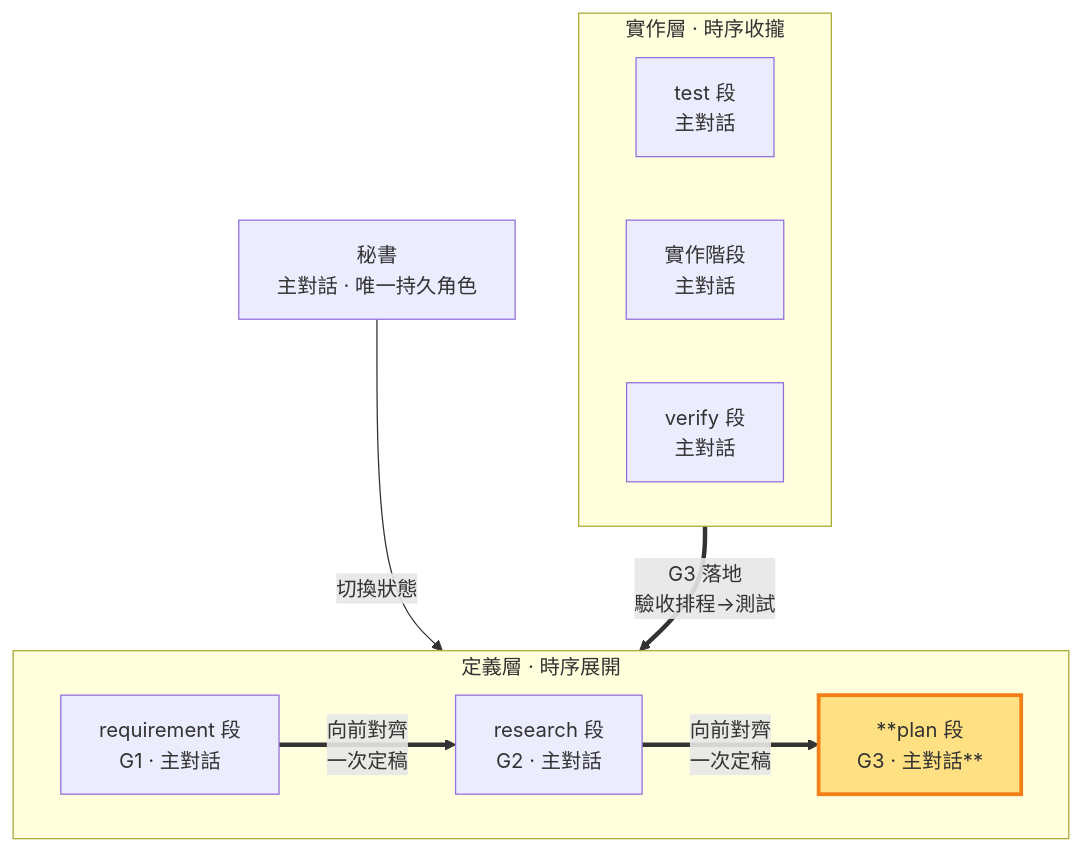
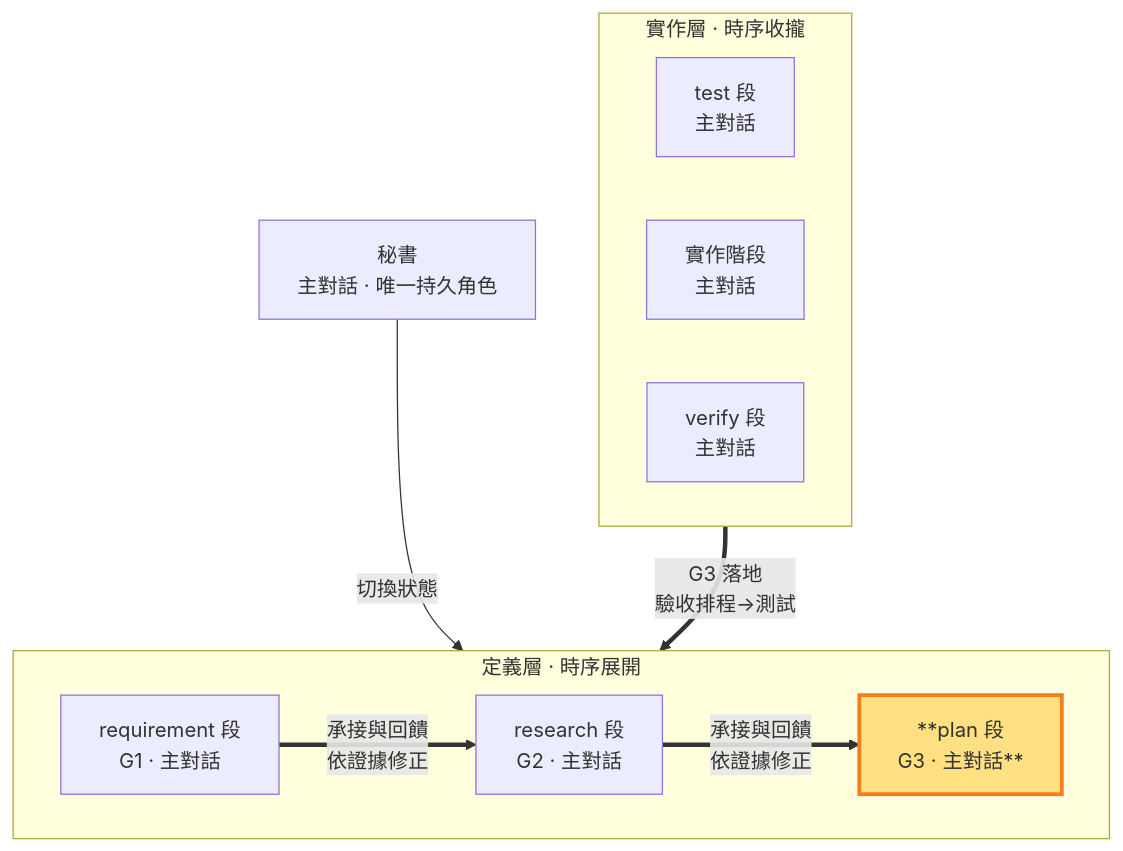
Before and after one commit to teps3105/shiftblame: the diagram in skills/shiftblame/references/PLAN.md, drawn with Mermaid. The commit also changed other lines of this file and 28 other files, not shown here.

````diff
--- a/skills/shiftblame/references/PLAN.md
+++ b/skills/shiftblame/references/PLAN.md
@@ -16,21 +16,21 @@
 ```mermaid
 flowchart TB
     SEC[秘書<br/>主對話 · 唯一持久角色]
     subgraph Consult["定義層 · 時序展開"]
         direction LR
         AUD["requirement 段<br/>G1 · 主對話"]
         RES["research 段<br/>G2 · 主對話"]
         PLA["**plan 段<br/>G3 · 主對話**"]:::thisrole
     end
     subgraph Build["實作層 · 時序收攏"]
         direction LR
         TST["test 段<br/>主對話"]
         DEV["實作階段<br/>主對話"]
         ACC["verify 段<br/>主對話"]
     end
     SEC -- 切換狀態 --> PLA
     TST == "G3 落地<br/>驗收排程→測試" ==> PLA
-    AUD == "向前對齊<br/>一次定稿" ==> RES
-    RES == "向前對齊<br/>一次定稿" ==> PLA
+    AUD == "承接與回饋<br/>依證據修正" ==> RES
+    RES == "承接與回饋<br/>依證據修正" ==> PLA
     classDef thisrole fill:#ffe082,stroke:#f57f17,stroke-width:3px;
 ```
````
